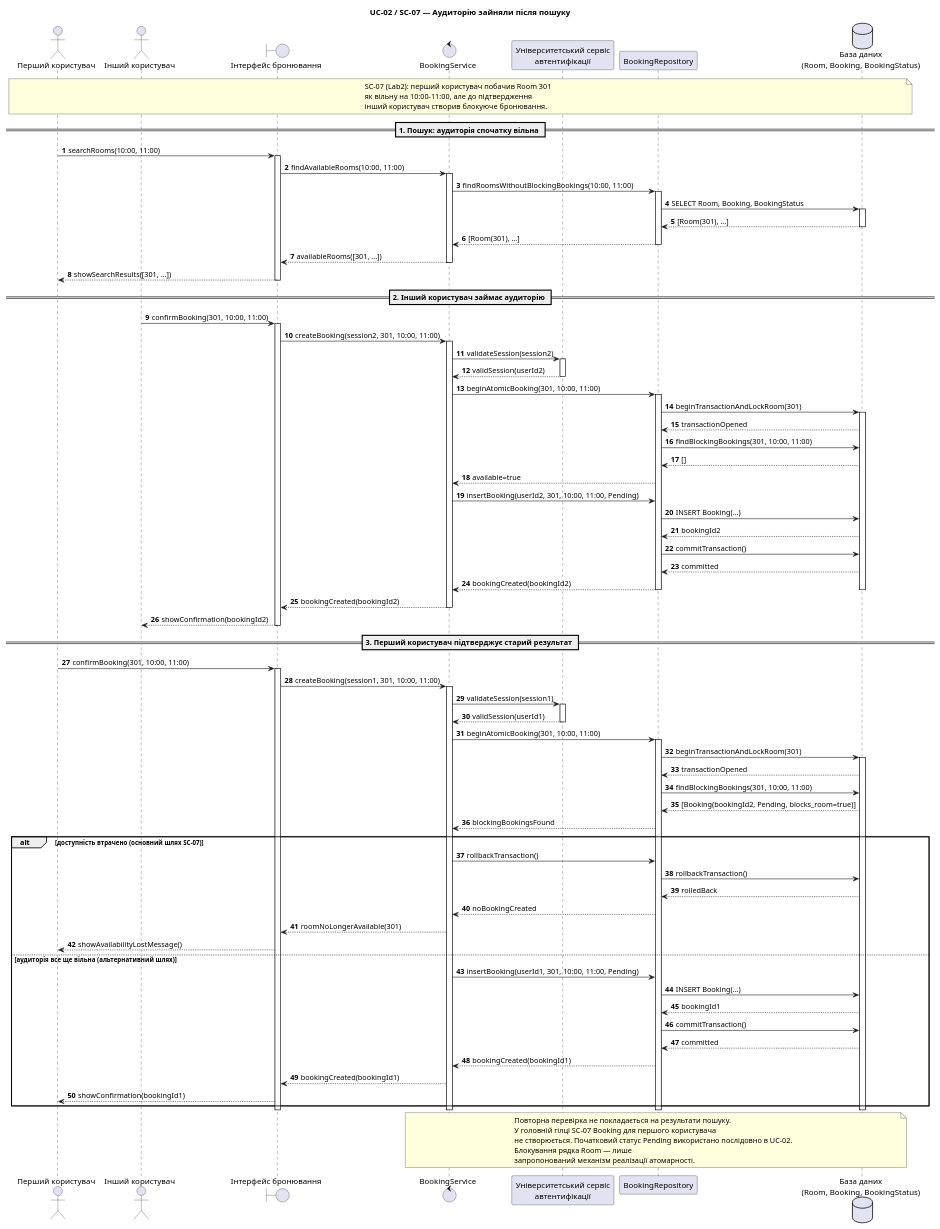
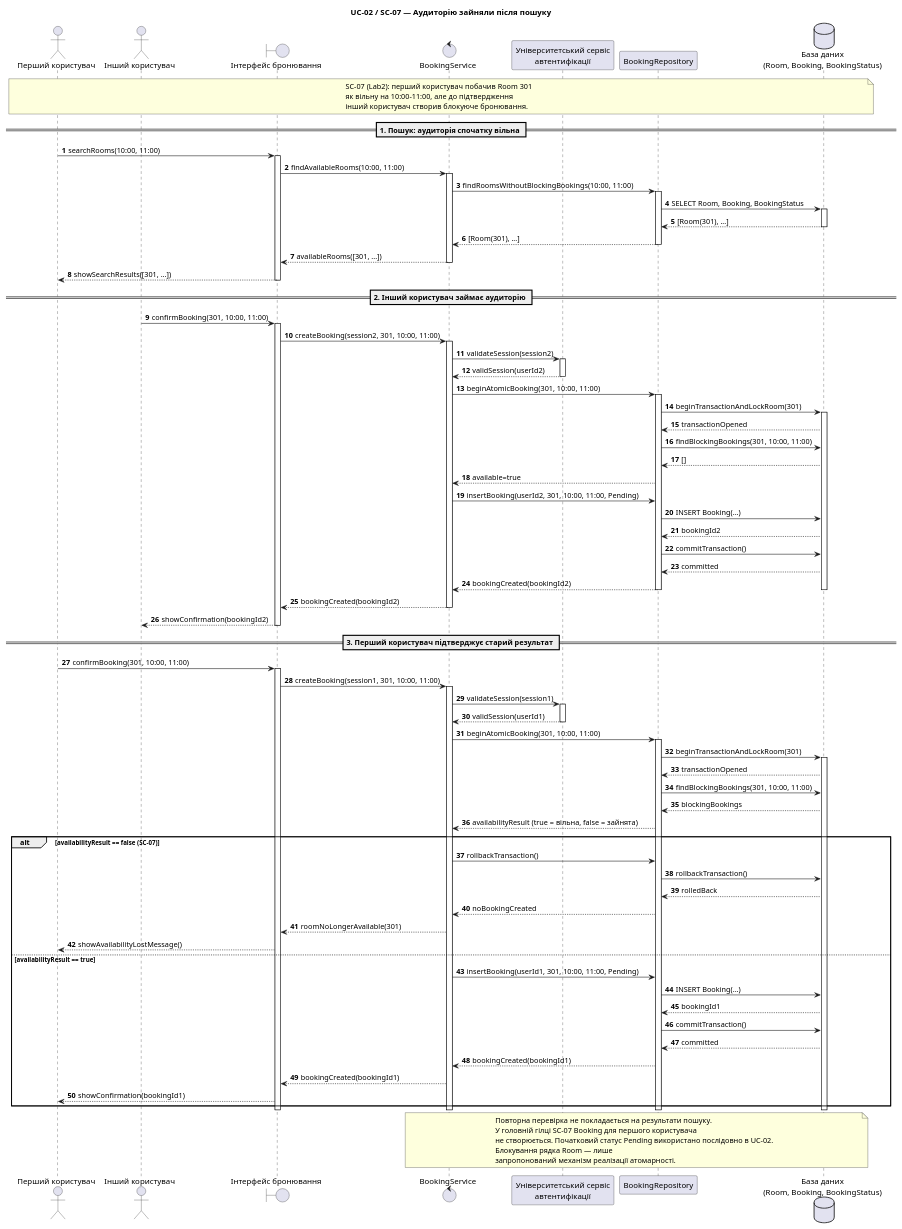
The diagram in lab3/model/sequence-03.puml (Oleksandr-C-S/MAVPZ), drawn with PlantUML before and after one commit. The commit also changed 7 other files, not shown here.

Commit message:
fix availability conditions in sequence diagrams

```diff
--- a/lab3/model/sequence-03.puml
+++ b/lab3/model/sequence-03.puml
@@ -1,118 +1,116 @@
 @startuml
-' Lab3 — UC-02 / SC-07: Втрата доступності між пошуком і підтвердженням
-' Чернетка діаграми, узгоджена з lab2/gherkin.md (SC-07)
 
 title UC-02 / SC-07 — Аудиторію зайняли після пошуку
 
 autonumber
 actor "Перший користувач" as User1
 actor "Інший користувач" as User2
 boundary "Інтерфейс бронювання" as UI
 control "BookingService" as Service
 participant "Університетський сервіс\nавтентифікації" as Auth
 participant "BookingRepository" as Repo
 database "База даних\n(Room, Booking, BookingStatus)" as DB
 
 note over User1,DB
 SC-07 (Lab2): перший користувач побачив Room 301
 як вільну на 10:00–11:00, але до підтвердження
 інший користувач створив блокуюче бронювання.
 end note
 
 == 1. Пошук: аудиторія спочатку вільна ==
 User1 -> UI : searchRooms(10:00, 11:00)
 activate UI
 UI -> Service : findAvailableRooms(10:00, 11:00)
 activate Service
 Service -> Repo : findRoomsWithoutBlockingBookings(10:00, 11:00)
 activate Repo
 Repo -> DB : SELECT Room, Booking, BookingStatus
 activate DB
 DB --> Repo : [Room(301), ...]
 deactivate DB
 Repo --> Service : [Room(301), ...]
 deactivate Repo
 Service --> UI : availableRooms([301, ...])
 deactivate Service
 UI --> User1 : showSearchResults([301, ...])
 deactivate UI
 
 == 2. Інший користувач займає аудиторію ==
 User2 -> UI : confirmBooking(301, 10:00, 11:00)
 activate UI
 UI -> Service : createBooking(session2, 301, 10:00, 11:00)
 activate Service
 Service -> Auth : validateSession(session2)
 activate Auth
 Auth --> Service : validSession(userId2)
 deactivate Auth
 Service -> Repo : beginAtomicBooking(301, 10:00, 11:00)
 activate Repo
 Repo -> DB : beginTransactionAndLockRoom(301)
 activate DB
 DB --> Repo : transactionOpened
 Repo -> DB : findBlockingBookings(301, 10:00, 11:00)
 DB --> Repo : []
 Repo --> Service : available=true
 Service -> Repo : insertBooking(userId2, 301, 10:00, 11:00, Pending)
 Repo -> DB : INSERT Booking(...)
 DB --> Repo : bookingId2
 Repo -> DB : commitTransaction()
 DB --> Repo : committed
 Repo --> Service : bookingCreated(bookingId2)
 deactivate DB
 deactivate Repo
 Service --> UI : bookingCreated(bookingId2)
 deactivate Service
 UI --> User2 : showConfirmation(bookingId2)
 deactivate UI
 
 == 3. Перший користувач підтверджує старий результат ==
 User1 -> UI : confirmBooking(301, 10:00, 11:00)
 activate UI
 UI -> Service : createBooking(session1, 301, 10:00, 11:00)
 activate Service
 Service -> Auth : validateSession(session1)
 activate Auth
 Auth --> Service : validSession(userId1)
 deactivate Auth
 Service -> Repo : beginAtomicBooking(301, 10:00, 11:00)
 activate Repo
 Repo -> DB : beginTransactionAndLockRoom(301)
 activate DB
 DB --> Repo : transactionOpened
 Repo -> DB : findBlockingBookings(301, 10:00, 11:00)
-DB --> Repo : [Booking(bookingId2, Pending, blocks_room=true)]
-Repo --> Service : blockingBookingsFound
+DB --> Repo : blockingBookings
+Repo --> Service : availabilityResult (true = вільна, false = зайнята)
 
-alt доступність втрачено (основний шлях SC-07)
+alt availabilityResult == false (SC-07)
     Service -> Repo : rollbackTransaction()
     Repo -> DB : rollbackTransaction()
     DB --> Repo : rolledBack
     Repo --> Service : noBookingCreated
     Service --> UI : roomNoLongerAvailable(301)
     UI --> User1 : showAvailabilityLostMessage()
-else аудиторія все ще вільна (альтернативний шлях)
+else availabilityResult == true
     Service -> Repo : insertBooking(userId1, 301, 10:00, 11:00, Pending)
     Repo -> DB : INSERT Booking(...)
     DB --> Repo : bookingId1
     Repo -> DB : commitTransaction()
     DB --> Repo : committed
     Repo --> Service : bookingCreated(bookingId1)
     Service --> UI : bookingCreated(bookingId1)
     UI --> User1 : showConfirmation(bookingId1)
 end
 
 deactivate DB
 deactivate Repo
 deactivate Service
 deactivate UI
 
 note over Service,DB
 Повторна перевірка не покладається на результати пошуку.
 У головній гілці SC-07 Booking для першого користувача
 не створюється. Початковий статус Pending використано послідовно в UC-02.
 Блокування рядка Room — лише
 запропонований механізм реалізації атомарності.
 end note
 @enduml
```
